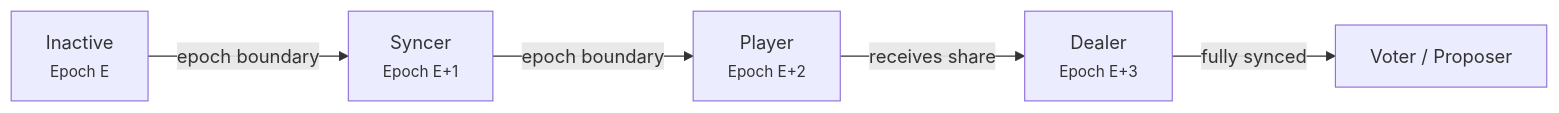
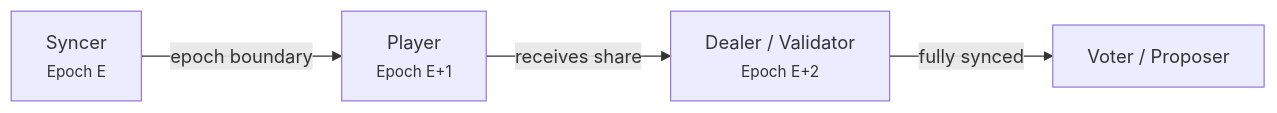
One commit to tempoxyz/docs changed the diagram in src/pages/guide/node/validator-status.mdx. Above: the diagram before and after it, drawn with Mermaid. The commit also changed other lines of this file, not shown here.

Commit message:
docs: fix state transitions — syncer immediately on registration, 3 stages
Corrected flow: Syncer (E) → Player (E+1) → Dealer/Validator (E+2).
Validator starts syncing immediately when added to on-chain contract.

Amp-Thread-ID: https://ampcode.com/threads/T-019da962-06e0-7083-806a-3d46ee63e7b1

````diff
--- a/src/pages/guide/node/validator-status.mdx
+++ b/src/pages/guide/node/validator-status.mdx
@@ -65,13 +65,11 @@
 ```mermaid {style: {maxWidth: '520px', margin: '0 auto'}}
 flowchart LR
-    A["Inactive<br/><small>Epoch E</small>"] -->|"epoch boundary"| B["Syncer<br/><small>Epoch E+1</small>"]
-    B -->|"epoch boundary"| C["Player<br/><small>Epoch E+2</small>"]
-    C -->|"receives share"| D["Dealer<br/><small>Epoch E+3</small>"]
-    D -->|"fully synced"| E["Voter / Proposer"]
+    A["Syncer<br/><small>Epoch E</small>"] -->|"epoch boundary"| B["Player<br/><small>Epoch E+1</small>"]
+    B -->|"receives share"| C["Dealer / Validator<br/><small>Epoch E+2</small>"]
+    C -->|"fully synced"| D["Voter / Proposer"]
 
-    click A "#not-a-participant-e"
-    click B "#syncer-epoch-e1"
-    click C "#player-epoch-e2"
-    click D "#dealer-epoch-e3"
-    click E "#dealer-epoch-e3"
+    click A "#syncer-epoch-e"
+    click B "#player-epoch-e1"
+    click C "#dealer--validator-epoch-e2"
+    click D "#dealer--validator-epoch-e2"
 ```
````
